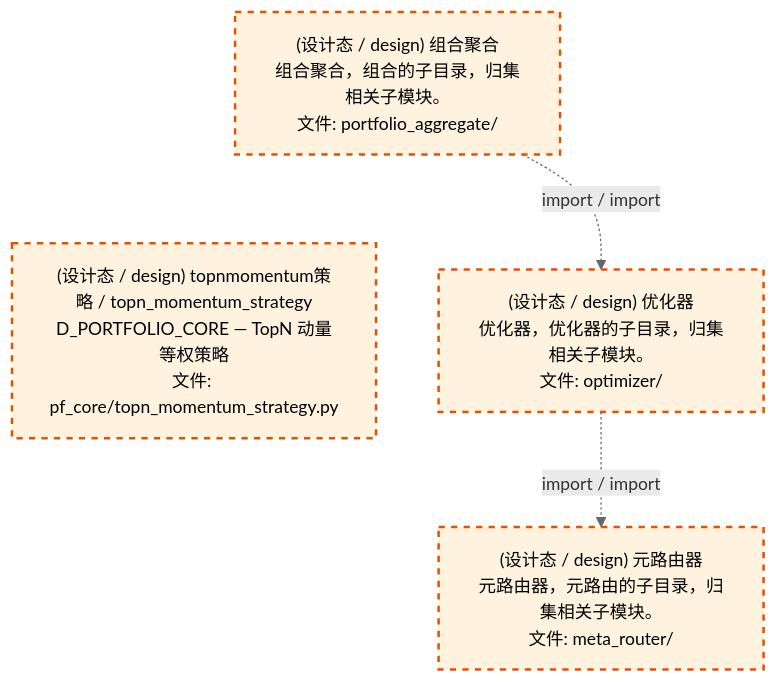
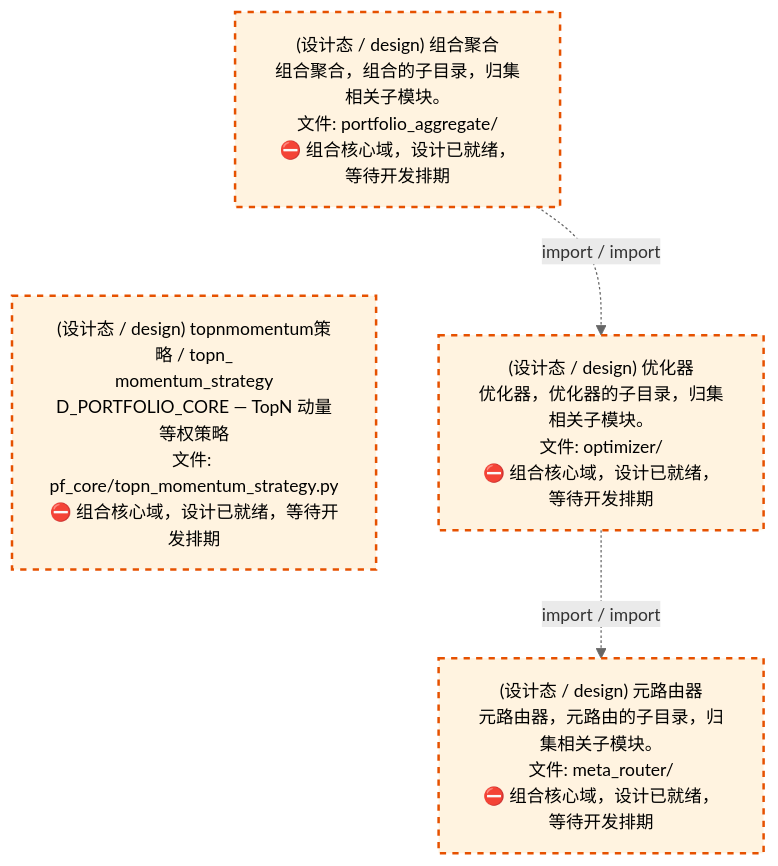
One commit to xuanFelixVan/ZephyrAlpha changed the third of 4 diagrams in docs/02_enterprise_architecture/02_domain_architecture_docs/63_d_pf_core.md. Above: the diagram before and after it, drawn with Mermaid. The commit also changed other lines of this file and 61 other files, not shown here.

````diff
--- a/docs/02_enterprise_architecture/02_domain_architecture_docs/63_d_pf_core.md
+++ b/docs/02_enterprise_architecture/02_domain_architecture_docs/63_d_pf_core.md
@@ -176,16 +176,16 @@
 ```mermaid
 %%{init: {'theme': 'base', 'themeVariables': {'primaryColor': '#eaeaea', 'primaryTextColor': '#333333', 'primaryBorderColor': '#666666', 'lineColor': '#666666', 'secondaryColor': '#eaeaea', 'tertiaryColor': '#eaeaea', 'fontSize': '14px'}}}%%
 flowchart TD
-    src_zephyr_pf_core_portfolio_aggregate["(设计态 / design) 组合聚合<br/>组合聚合，组合的子目录，归集相关子模块。<br/>文件: portfolio_aggregate/"]
-    src_zephyr_pf_core_topn_momentum_strategy_py["(设计态 / design) topnmomentum策略 / topn_momentum_strategy<br/>D_PORTFOLIO_CORE — TopN 动量等权策略<br/>文件: pf_core/topn_momentum_strategy.py"]
+    src_zephyr_pf_core_portfolio_aggregate["(设计态 / design) 组合聚合<br/>组合聚合，组合的子目录，归集相关子模块。<br/>文件: portfolio_aggregate/<br/>⛔ 组合核心域，设计已就绪，等待开发排期"]
+    src_zephyr_pf_core_topn_momentum_strategy_py["(设计态 / design) topnmomentum策略 / topn_<br/>momentum_strategy<br/>D_PORTFOLIO_CORE — TopN 动量等权策略<br/>文件: pf_core/topn_momentum_strategy.py<br/>⛔ 组合核心域，设计已就绪，等待开发排期"]
     src_zephyr_pf_core_portfolio_aggregate ~~~ src_zephyr_pf_core_topn_momentum_strategy_py
-    src_zephyr_pf_core_optimizer["(设计态 / design) 优化器<br/>优化器，优化器的子目录，归集相关子模块。<br/>文件: optimizer/"]
-    src_zephyr_pf_core_meta_router["(设计态 / design) 元路由器<br/>元路由器，元路由的子目录，归集相关子模块。<br/>文件: meta_router/"]
+    src_zephyr_pf_core_optimizer["(设计态 / design) 优化器<br/>优化器，优化器的子目录，归集相关子模块。<br/>文件: optimizer/<br/>⛔ 组合核心域，设计已就绪，等待开发排期"]
+    src_zephyr_pf_core_meta_router["(设计态 / design) 元路由器<br/>元路由器，元路由的子目录，归集相关子模块。<br/>文件: meta_router/<br/>⛔ 组合核心域，设计已就绪，等待开发排期"]
     src_zephyr_pf_core_optimizer -.->|import / import| src_zephyr_pf_core_meta_router
     src_zephyr_pf_core_portfolio_aggregate -.->|import / import| src_zephyr_pf_core_optimizer
     classDef production fill:#e1f5fe,stroke:#01579b,stroke-width:2px,color:#000
     classDef design fill:#fff3e0,stroke:#e65100,stroke-width:2px,color:#000,stroke-dasharray: 5 5
     classDef external_prod fill:#e8f4fd,stroke:#0277bd,stroke-width:1px,color:#000
     classDef external_design fill:#fff8e7,stroke:#ef6c00,stroke-width:1px,color:#000,stroke-dasharray: 5 5
     class src_zephyr_pf_core_meta_router,src_zephyr_pf_core_optimizer,src_zephyr_pf_core_portfolio_aggregate,src_zephyr_pf_core_topn_momentum_strategy_py design
 ```
````
